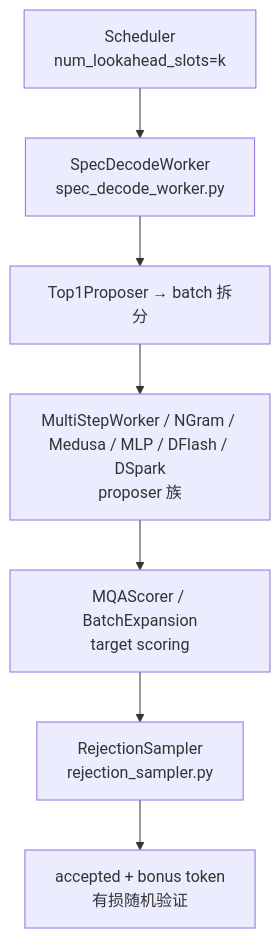
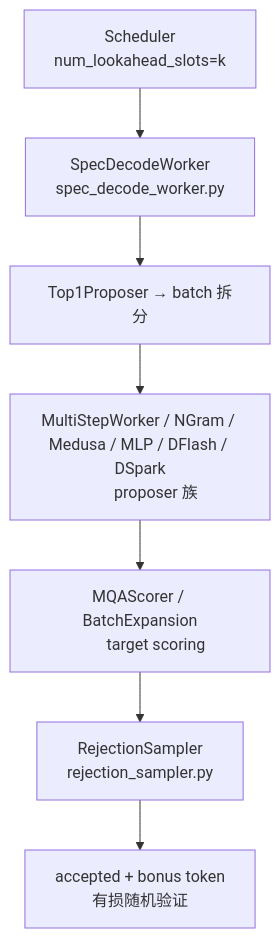
The second of 2 diagrams in docs/topics/speculative-decoding.md (Lyr-GW/interview-docs), drawn with Mermaid before and after one commit. The commit also changed other lines of this file and 7 other files, not shown here.

Commit message:
fix: replace mermaid <br/> with newlines to fix parsing under strict security mode

````diff
--- a/docs/topics/speculative-decoding.md
+++ b/docs/topics/speculative-decoding.md
@@ -94,11 +100,17 @@
 ```mermaid
 flowchart TB
-    A[Scheduler<br/>num_lookahead_slots=k]
-    B[SpecDecodeWorker<br/>spec_decode_worker.py]
+    A[Scheduler
+        num_lookahead_slots=k]
+    B[SpecDecodeWorker
+        spec_decode_worker.py]
     C[Top1Proposer → batch 拆分]
-    D[MultiStepWorker / NGram / Medusa / MLP / DFlash / DSpark<br/>proposer 族]
-    E[MQAScorer / BatchExpansion<br/>target scoring]
-    F[RejectionSampler<br/>rejection_sampler.py]
-    G[accepted + bonus token<br/>有损随机验证]
+    D[MultiStepWorker / NGram / Medusa / MLP / DFlash / DSpark
+        proposer 族]
+    E[MQAScorer / BatchExpansion
+        target scoring]
+    F[RejectionSampler
+        rejection_sampler.py]
+    G[accepted + bonus token
+        有损随机验证]
     A --> B --> C --> D --> E --> F --> G
 ```
````
